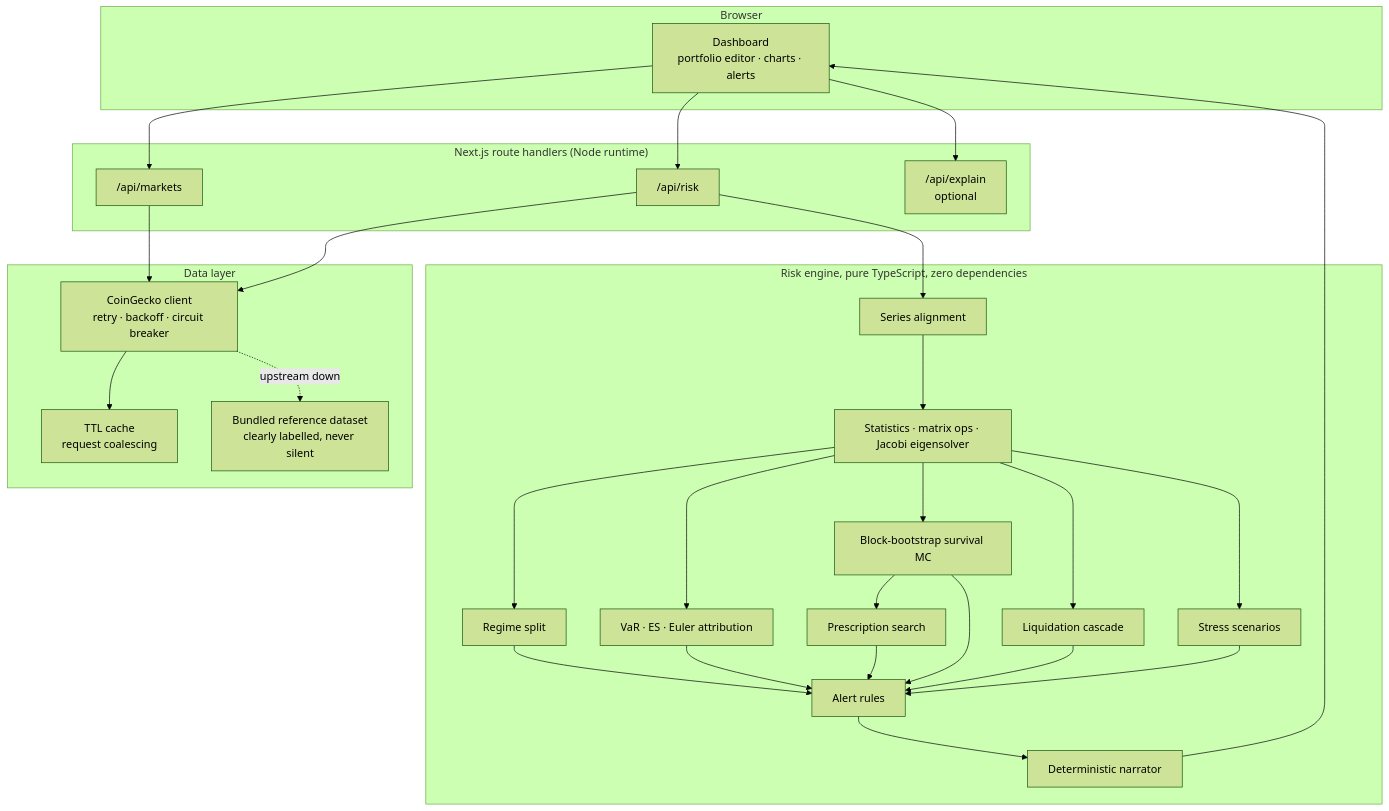
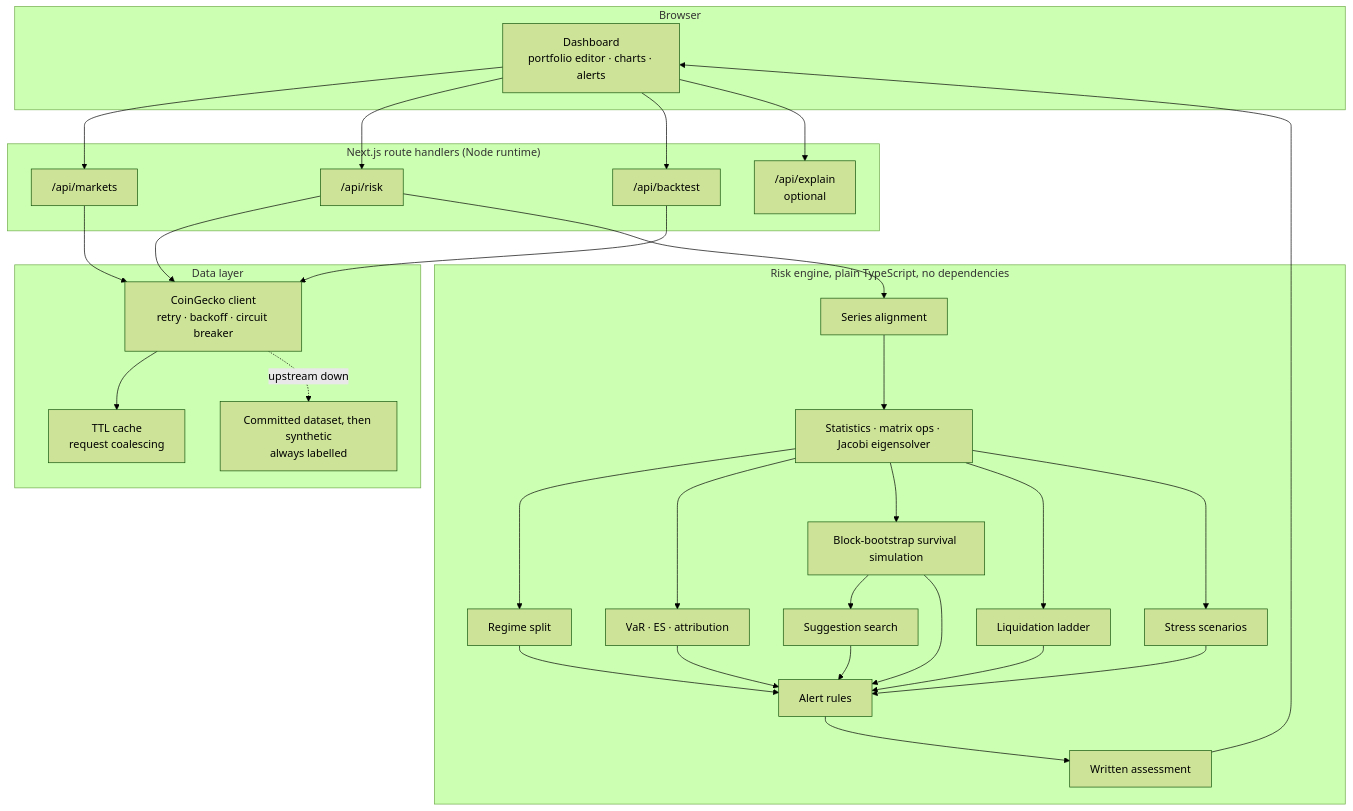
One commit to Abdul-jaybar/sentinel changed the diagram in README.md. Above: the diagram before and after it, drawn with Mermaid (forest theme). The commit also changed other lines of this file and 3 other files, not shown here.

````diff
--- a/README.md
+++ b/README.md
@@ -176,41 +192,43 @@
 ```mermaid
 flowchart TB
     subgraph client["Browser"]
         UI["Dashboard<br/>portfolio editor · charts · alerts"]
     end
 
     subgraph server["Next.js route handlers (Node runtime)"]
         MK["/api/markets"]
         RK["/api/risk"]
+        BT["/api/backtest"]
         EX["/api/explain<br/>optional"]
     end
 
     subgraph data["Data layer"]
         CG["CoinGecko client<br/>retry · backoff · circuit breaker"]
         CA["TTL cache<br/>request coalescing"]
-        FB["Bundled reference dataset<br/>clearly labelled, never silent"]
+        FB["Committed dataset, then synthetic<br/>always labelled"]
     end
 
-    subgraph engine["Risk engine, pure TypeScript, zero dependencies"]
+    subgraph engine["Risk engine, plain TypeScript, no dependencies"]
         AL["Series alignment"]
         ST["Statistics · matrix ops · Jacobi eigensolver"]
         RG["Regime split"]
-        VR["VaR · ES · Euler attribution"]
-        SV["Block-bootstrap survival MC"]
-        CS["Liquidation cascade"]
+        VR["VaR · ES · attribution"]
+        SV["Block-bootstrap survival simulation"]
+        CS["Liquidation ladder"]
         SS["Stress scenarios"]
-        PR["Prescription search"]
-        NR["Deterministic narrator"]
+        PR["Suggestion search"]
+        NR["Written assessment"]
         AA["Alert rules"]
     end
 
-    UI --> MK & RK & EX
+    UI --> MK & RK & BT & EX
     MK --> CG
     RK --> CG
+    BT --> CG
     CG --> CA
     CG -.upstream down.-> FB
     RK --> AL --> ST --> RG & VR & SV & CS & SS
     SV --> PR
     RG & VR & SV & CS & SS & PR --> AA --> NR
     NR --> UI
 ```
````
